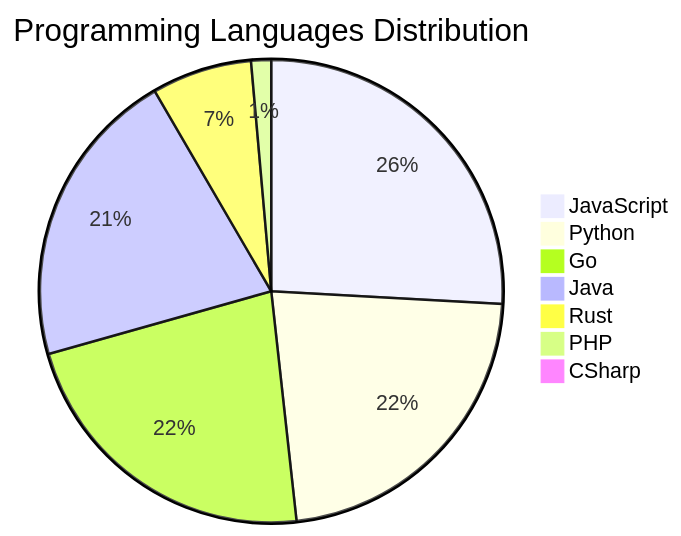
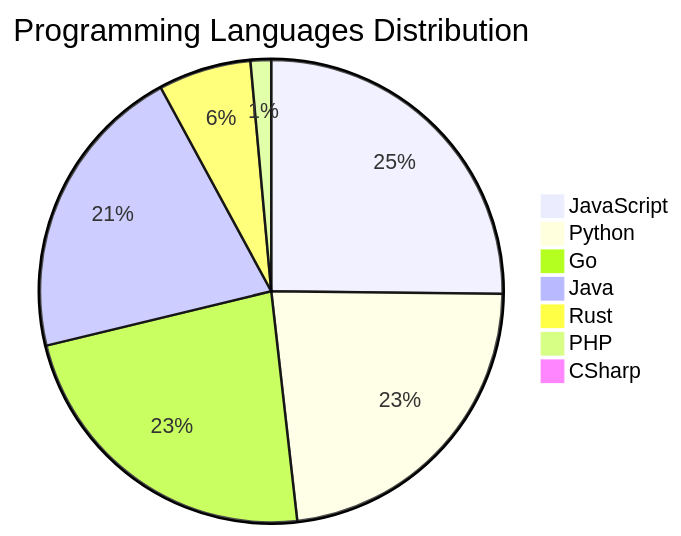
Before and after one commit to Derrick-MUGISHA/github-activity-bot: the diagram in README.md, drawn with Mermaid. The commit also changed other lines of this file and 4 other files, not shown here.

````diff
--- a/README.md
+++ b/README.md
@@ -207,10 +207,10 @@
 ```mermaid
 pie title Programming Languages Distribution
-    "JavaScript" : 37
+    "JavaScript" : 35
     "Python" : 32
     "Go" : 32
-    "Java" : 30
-    "Rust" : 10
+    "Java" : 29
+    "Rust" : 9
     "PHP" : 2
     "CSharp" : 1
 ```
````
